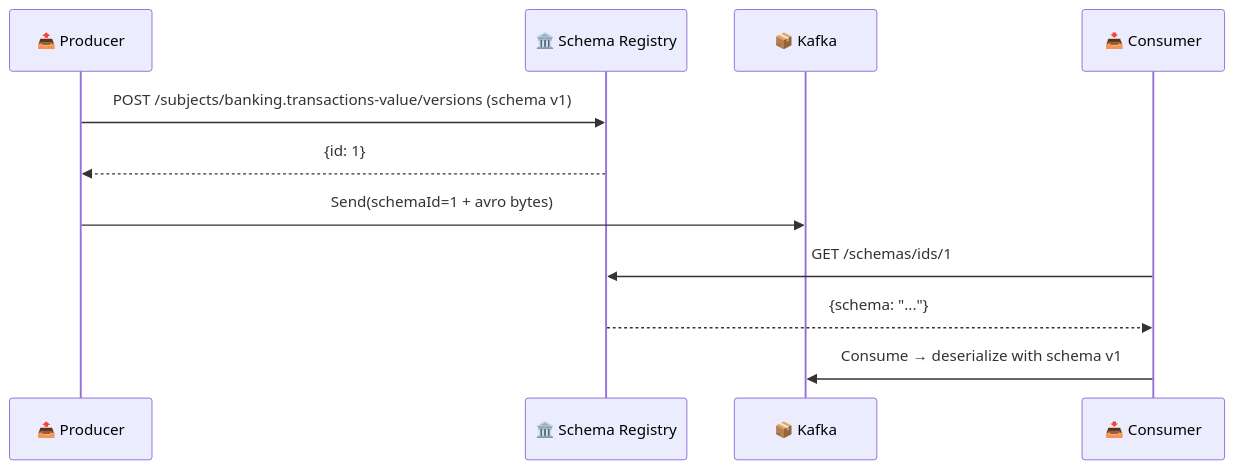
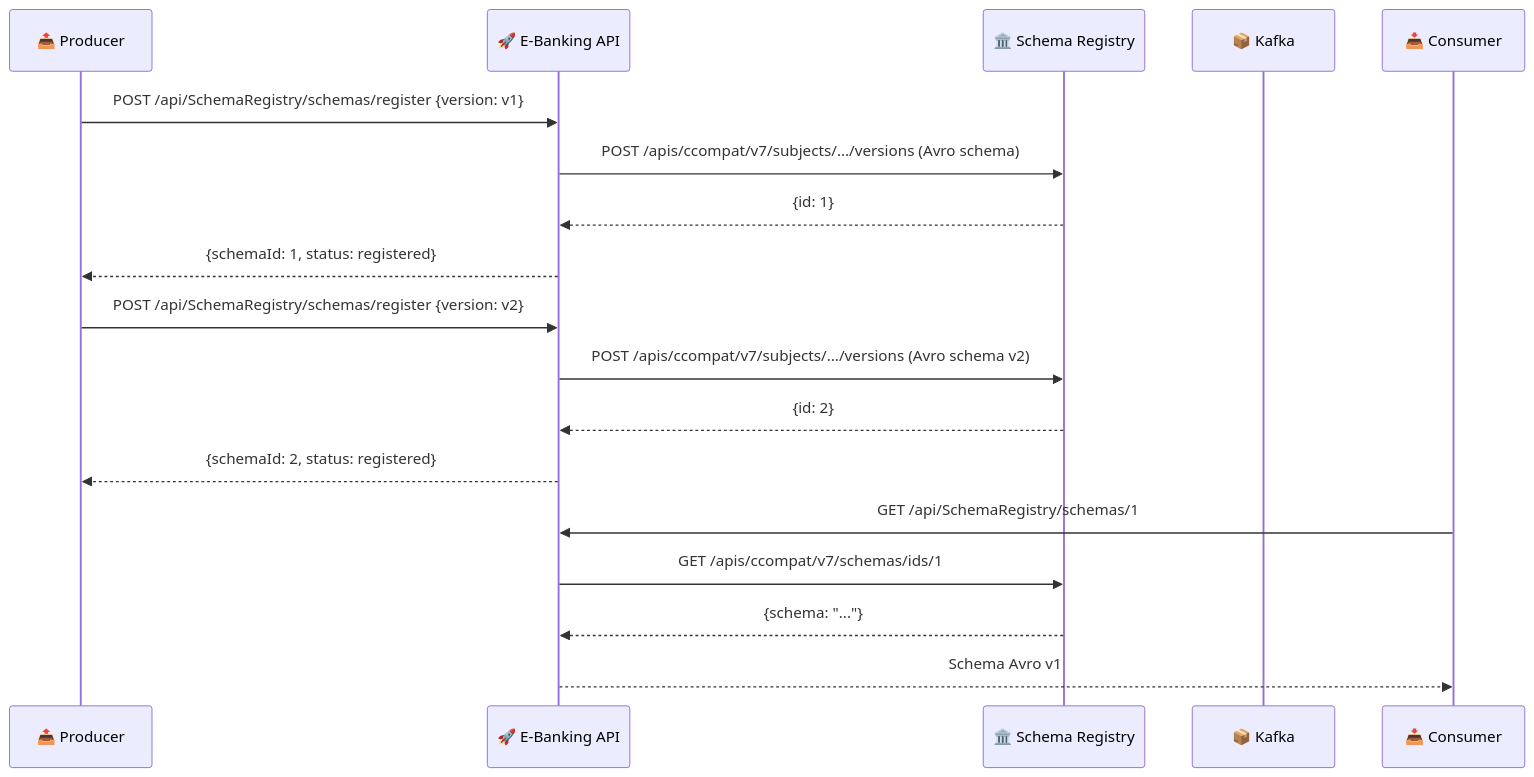
One commit to msellamiTN/formation--kafka-dotnet changed the sixth of 6 diagrams in day-02-development/module-04-advanced-patterns/lab-2.1a-serialization/README.md. Above: the diagram before and after it, drawn with Mermaid. The commit also changed other lines of this file and 123 other files, not shown here.

First line of the commit message:
docs: Add Schema Registry integration to lab 2.1a with Apicurio deployment, REST endpoints, and comprehensive testing guide

````diff
--- a/day-02-development/module-04-advanced-patterns/lab-2.1a-serialization/README.md
+++ b/day-02-development/module-04-advanced-patterns/lab-2.1a-serialization/README.md
@@ -1644,14 +1638,23 @@
 ```mermaid
 sequenceDiagram
     participant P as 📤 Producer
+    participant API as 🚀 E-Banking API
     participant SR as 🏛️ Schema Registry
     participant K as 📦 Kafka
     participant C as 📥 Consumer
 
-    P->>SR: POST /subjects/banking.transactions-value/versions (schema v1)
-    SR-->>P: {id: 1}
-    P->>K: Send(schemaId=1 + avro bytes)
-    C->>SR: GET /schemas/ids/1
-    SR-->>C: {schema: "..."}
-    C->>K: Consume → deserialize with schema v1
+    P->>API: POST /api/SchemaRegistry/schemas/register {version: v1}
+    API->>SR: POST /apis/ccompat/v7/subjects/.../versions (Avro schema)
+    SR-->>API: {id: 1}
+    API-->>P: {schemaId: 1, status: registered}
+
+    P->>API: POST /api/SchemaRegistry/schemas/register {version: v2}
+    API->>SR: POST /apis/ccompat/v7/subjects/.../versions (Avro schema v2)
+    SR-->>API: {id: 2}
+    API-->>P: {schemaId: 2, status: registered}
+
+    C->>API: GET /api/SchemaRegistry/schemas/1
+    API->>SR: GET /apis/ccompat/v7/schemas/ids/1
+    SR-->>API: {schema: "..."}
+    API-->>C: Schema Avro v1
 ```
````
